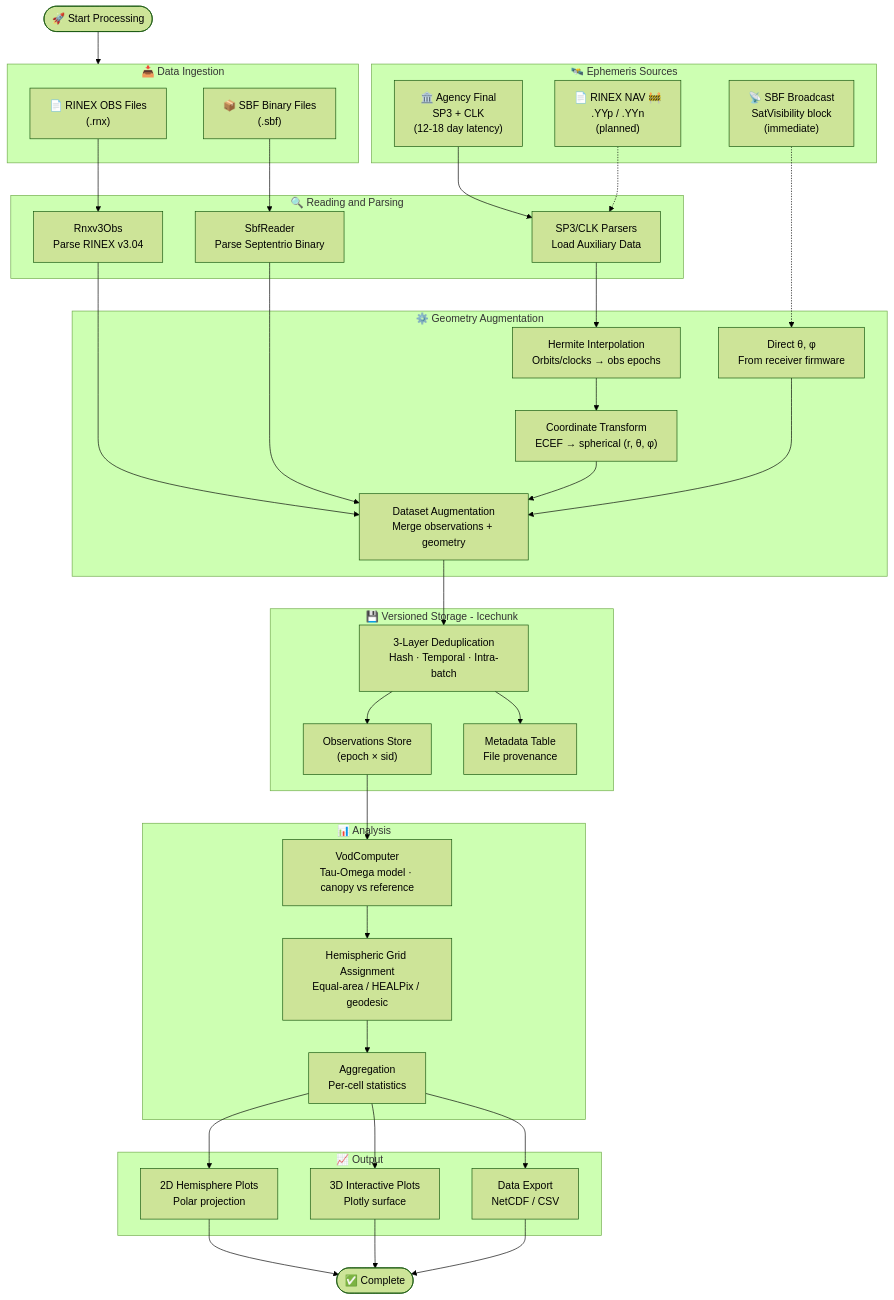
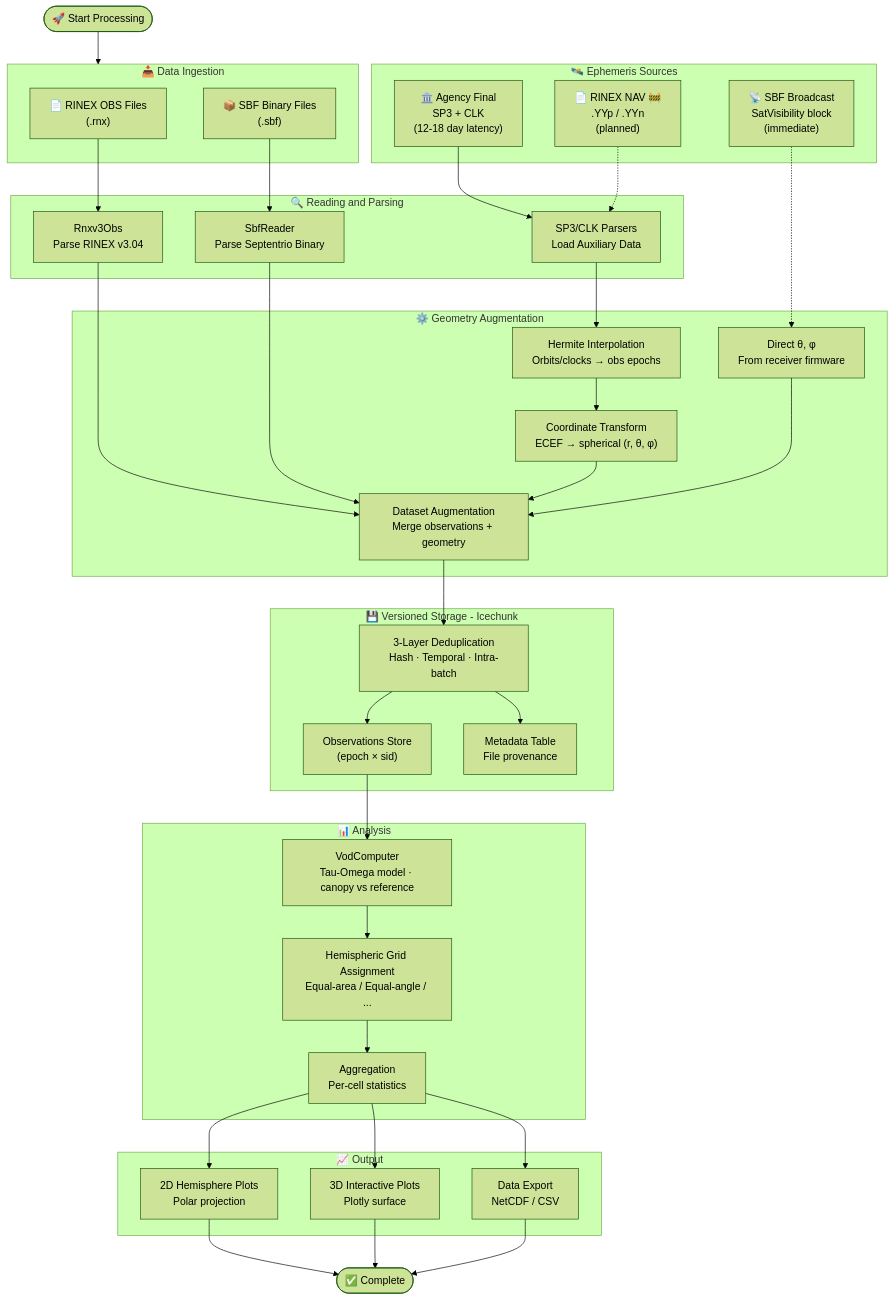
The second of 3 diagrams in README.md (nfb2021/canvodpy), drawn with Mermaid (forest theme) before and after one commit. The commit also changed other lines of this file and 42 other files, not shown here.

````diff
--- a/README.md
+++ b/README.md
@@ -106,74 +106,74 @@
 ```mermaid
 flowchart TD
     Start([🚀 Start Processing]) --> Input
 
     subgraph Input[📥 Data Ingestion]
         RINEX["📄 RINEX OBS Files<br/>(.rnx)"]
         SBF["📦 SBF Binary Files<br/>(.sbf)"]
     end
 
     subgraph Ephemeris[🛰️ Ephemeris Sources]
         SP3["🏛️ Agency Final<br/>SP3 + CLK<br/>(12-18 day latency)"]
         SBFVIS["📡 SBF Broadcast<br/>SatVisibility block<br/>(immediate)"]
         NAV["📄 RINEX NAV 🚧<br/>.YYp / .YYn<br/>(planned)"]
     end
 
     subgraph Reading[🔍 Reading and Parsing]
         RinexReader["Rnxv3Obs<br/>Parse RINEX v3.04"]
         SbfReader["SbfReader<br/>Parse Septentrio Binary"]
         AuxReader["SP3/CLK Parsers<br/>Load Auxiliary Data"]
     end
 
     subgraph Processing[⚙️ Geometry Augmentation]
         Interp["Hermite Interpolation<br/>Orbits/clocks → obs epochs"]
         Position["Coordinate Transform<br/>ECEF → spherical (r, θ, φ)"]
         DirectGeom["Direct θ, φ<br/>From receiver firmware"]
         Augment["Dataset Augmentation<br/>Merge observations + geometry"]
     end
 
     subgraph Storage[💾 Versioned Storage - Icechunk]
         Dedup["3-Layer Deduplication<br/>Hash · Temporal · Intra-batch"]
         Icechunk["Observations Store<br/>(epoch × sid)"]
         Meta["Metadata Table<br/>File provenance"]
     end
 
     subgraph Analysis[📊 Analysis]
         VODCalc["VodComputer<br/>Tau-Omega model · canopy vs reference"]
-        GridAssign["Hemispheric Grid Assignment<br/>Equal-area / HEALPix / geodesic"]
+        GridAssign["Hemispheric Grid Assignment<br/>Equal-area / Equal-angle / ..."]
         Aggregate["Aggregation<br/>Per-cell statistics"]
     end
 
     subgraph Output[📈 Output]
         Viz2D["2D Hemisphere Plots<br/>Polar projection"]
         Viz3D["3D Interactive Plots<br/>Plotly surface"]
         Export["Data Export<br/>NetCDF / CSV"]
     end
 
     RINEX --> RinexReader
     SBF --> SbfReader
     SP3 --> AuxReader
     SBFVIS -.-> DirectGeom
     NAV -.-> AuxReader
 
     RinexReader --> Augment
     SbfReader --> Augment
     AuxReader --> Interp
     Interp --> Position
     Position --> Augment
     DirectGeom --> Augment
     Augment --> Dedup
     Dedup --> Icechunk
     Dedup --> Meta
 
     Icechunk --> VODCalc
     VODCalc --> GridAssign
     GridAssign --> Aggregate
 
     Aggregate --> Viz2D
     Aggregate --> Viz3D
     Aggregate --> Export
 
     Viz2D --> End([✅ Complete])
     Viz3D --> End
     Export --> End
 ```
````
